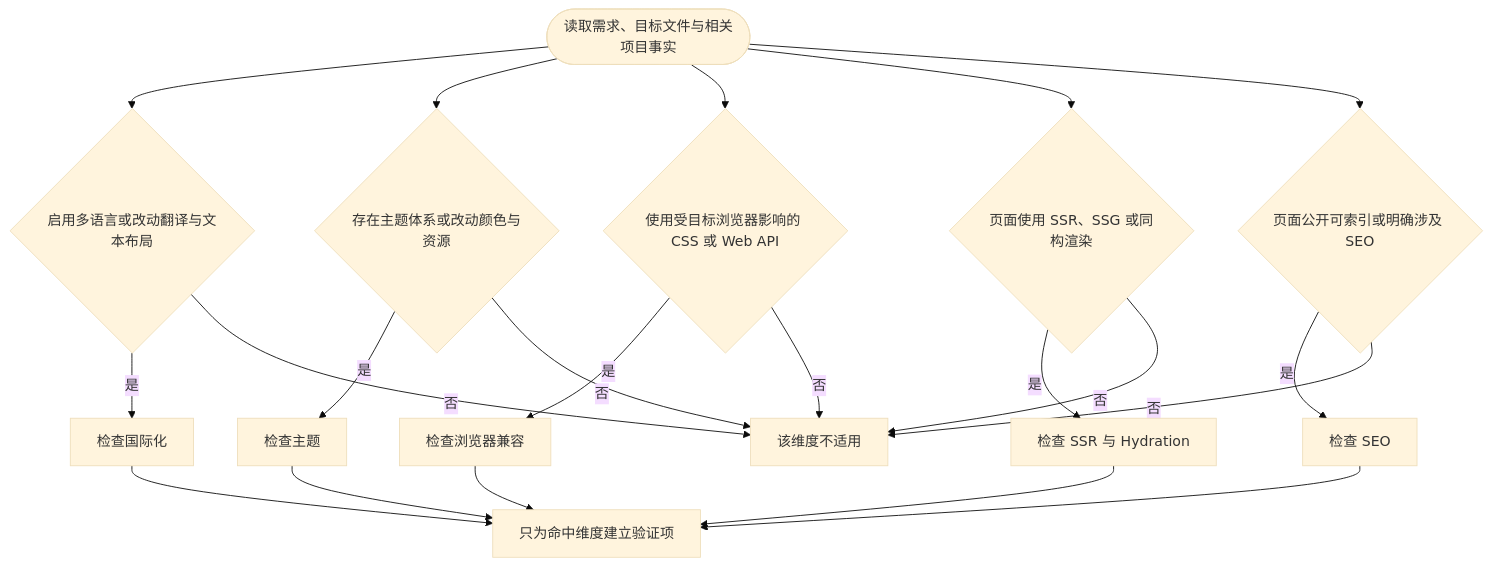
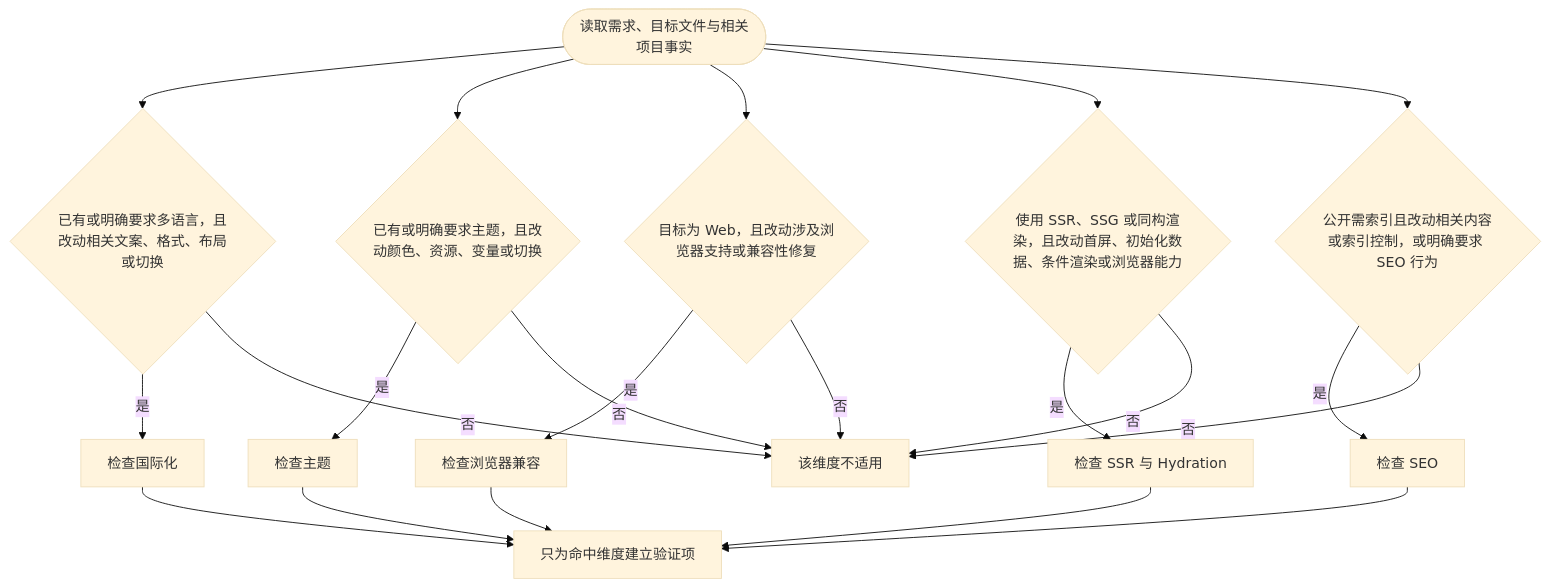
Before and after one commit to Aliang997/frontend-delivery-skill: the sixth of 6 diagrams in skills/frontend-delivery/workflow-diagram.md, drawn with Mermaid (base theme). The commit also changed other lines of this file and 18 other files, not shown here.

````diff
--- a/skills/frontend-delivery/workflow-diagram.md
+++ b/skills/frontend-delivery/workflow-diagram.md
@@ -110,23 +122,23 @@
 ```mermaid
 flowchart TD
- A(["读取需求、目标文件与相关项目事实"]) --> I{"启用多语言或改动翻译与文本布局"}
- A --> T{"存在主题体系或改动颜色与资源"}
- A --> B{"使用受目标浏览器影响的 CSS 或 Web API"}
- A --> S{"页面使用 SSR、SSG 或同构渲染"}
- A --> E{"页面公开可索引或明确涉及 SEO"}
+ A(["读取需求、目标文件与相关项目事实"]) --> I{"已有或明确要求多语言，且改动相关文案、格式、布局或切换"}
+ A --> T{"已有或明确要求主题，且改动颜色、资源、变量或切换"}
+ A --> B{"目标为 Web，且改动涉及浏览器支持或兼容性修复"}
+ A --> S{"使用 SSR、SSG 或同构渲染，且改动首屏、初始化数据、条件渲染或浏览器能力"}
+ A --> E{"公开需索引且改动相关内容或索引控制，或明确要求 SEO 行为"}
  I -->|"是"| RI["检查国际化"]
  T -->|"是"| RT["检查主题"]
  B -->|"是"| RB["检查浏览器兼容"]
  S -->|"是"| RS["检查 SSR 与 Hydration"]
  E -->|"是"| RE["检查 SEO"]
  I -->|"否"| NA["该维度不适用"]
  T -->|"否"| NA
  B -->|"否"| NA
  S -->|"否"| NA
  E -->|"否"| NA
  RI --> V["只为命中维度建立验证项"]
  RT --> V
  RB --> V
  RS --> V
  RE --> V
 ```
````
